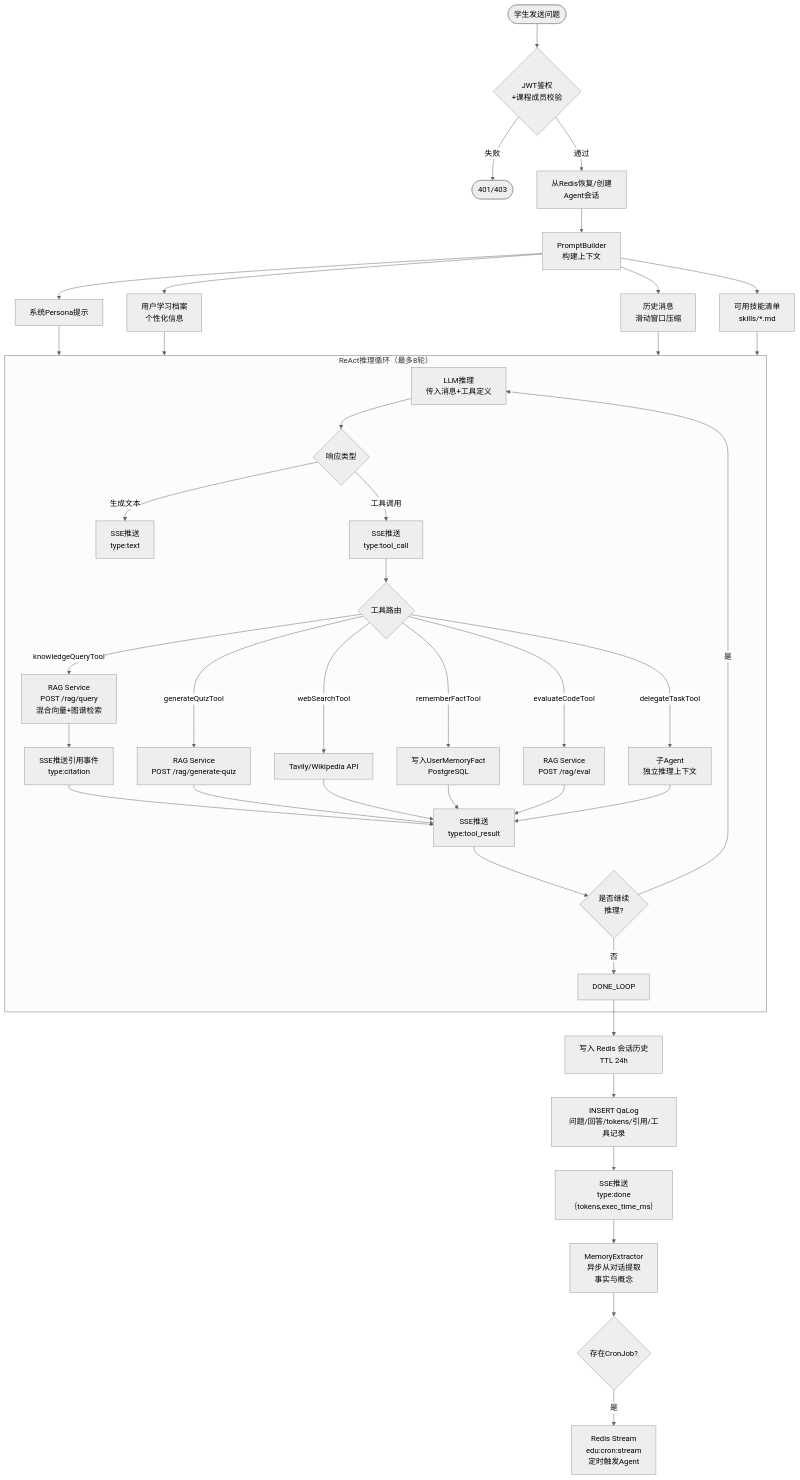
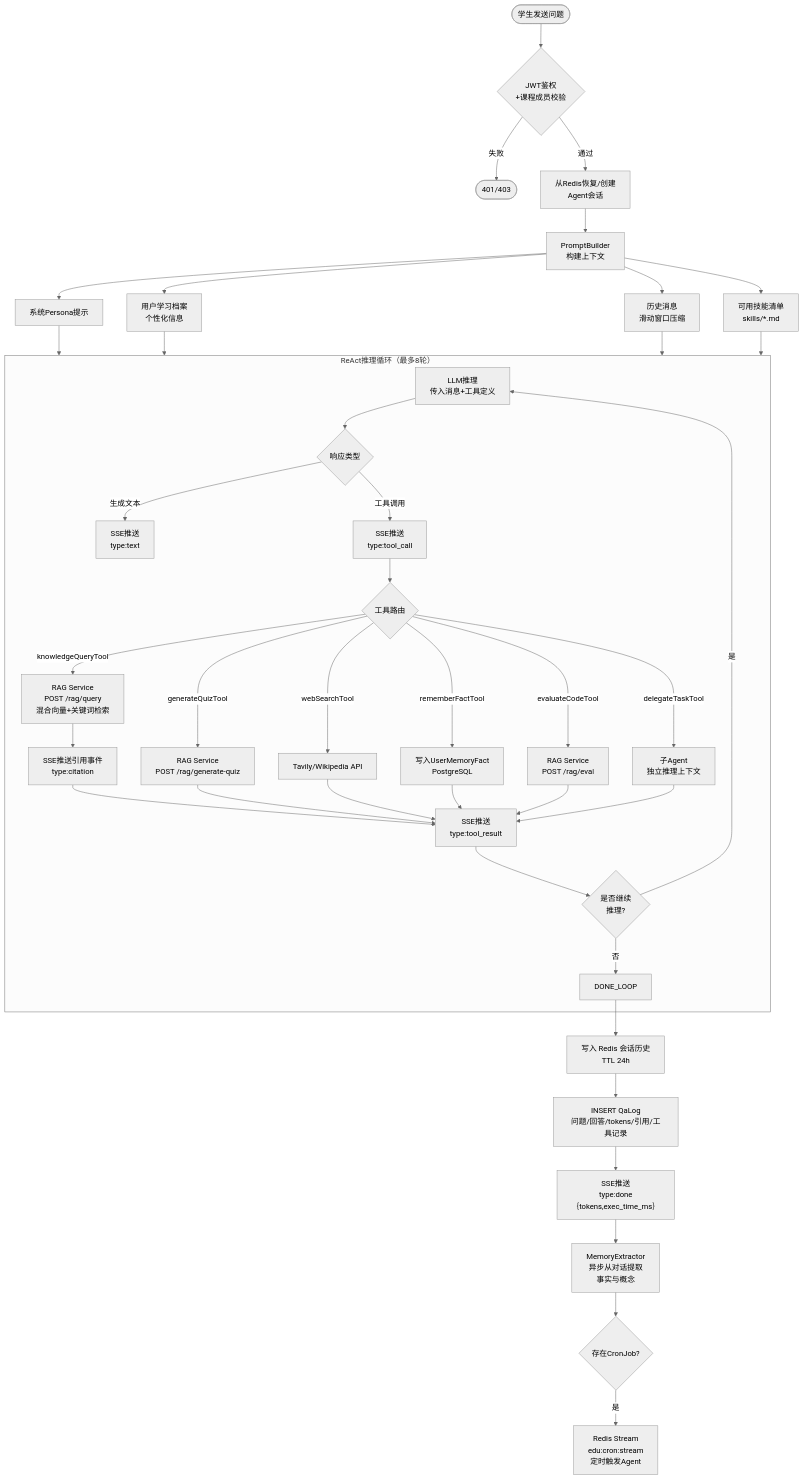
One commit to mocha196/eduAgent changed diagram 13 of 24 in thesis.md. Above: the diagram before and after it, drawn with Mermaid (neutral theme). The commit also changed other lines of this file and 118 other files, not shown here.

Commit message:
refactor: replace GraphRAG and add CI/CD pipeline

````diff
--- a/thesis.md
+++ b/thesis.md
@@ -617,41 +611,41 @@
 ```mermaid
 flowchart TD
     START([学生发送问题]) --> AUTH{JWT鉴权\n+课程成员校验}
     AUTH -- 失败 --> AUTH_ERR([401/403])
     AUTH -- 通过 --> SESSION[从Redis恢复/创建\nAgent会话]
 
     SESSION --> CTX[PromptBuilder\n构建上下文]
     CTX --> CTX1[系统Persona提示]
     CTX --> CTX2[用户学习档案\n个性化信息]
     CTX --> CTX3[历史消息\n滑动窗口压缩]
     CTX --> CTX4[可用技能清单\nskills/*.md]
 
     CTX1 & CTX2 & CTX3 & CTX4 --> LOOP
 
     subgraph LOOP["ReAct推理循环（最多8轮）"]
         L1[LLM推理\n传入消息+工具定义] --> L2{响应类型}
         L2 -- 生成文本 --> L3[SSE推送\ntype:text]
         L2 -- 工具调用 --> L4[SSE推送\ntype:tool_call]
         L4 --> TOOL{工具路由}
 
-        TOOL -- knowledgeQueryTool --> T1[RAG Service\nPOST /rag/query\n混合向量+图谱检索]
+        TOOL -- knowledgeQueryTool --> T1[RAG Service\nPOST /rag/query\n混合向量+关键词检索]
         T1 --> T1R[SSE推送引用事件\ntype:citation]
         TOOL -- generateQuizTool --> T2[RAG Service\nPOST /rag/generate-quiz]
         TOOL -- webSearchTool --> T3[Tavily/Wikipedia API]
         TOOL -- rememberFactTool --> T4[写入UserMemoryFact\nPostgreSQL]
         TOOL -- evaluateCodeTool --> T5[RAG Service\nPOST /rag/eval]
         TOOL -- delegateTaskTool --> T6[子Agent\n独立推理上下文]
 
         T1R & T2 & T3 & T4 & T5 & T6 --> L5[SSE推送\ntype:tool_result]
         L5 --> L6{是否继续\n推理?}
         L6 -- 是 --> L1
         L6 -- 否 --> DONE_LOOP
     end
 
     DONE_LOOP --> PERSIST[写入 Redis 会话历史\nTTL 24h]
     PERSIST --> LOG[INSERT QaLog\n问题/回答/tokens/引用/工具记录]
     LOG --> SSE_DONE[SSE推送\ntype:done\n｛tokens,exec_time_ms｝]
     SSE_DONE --> MEM[MemoryExtractor\n异步从对话提取\n事实与概念]
     MEM --> CRON{存在CronJob?}
     CRON -- 是 --> CRON1[Redis Stream\nedu:cron:stream\n定时触发Agent]
 ```
````
